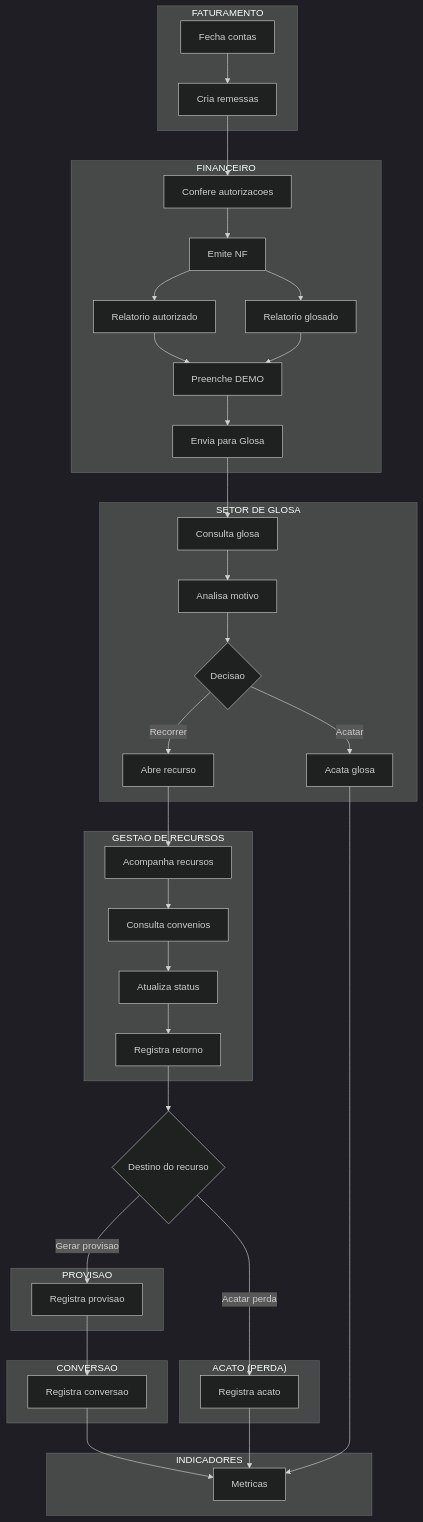
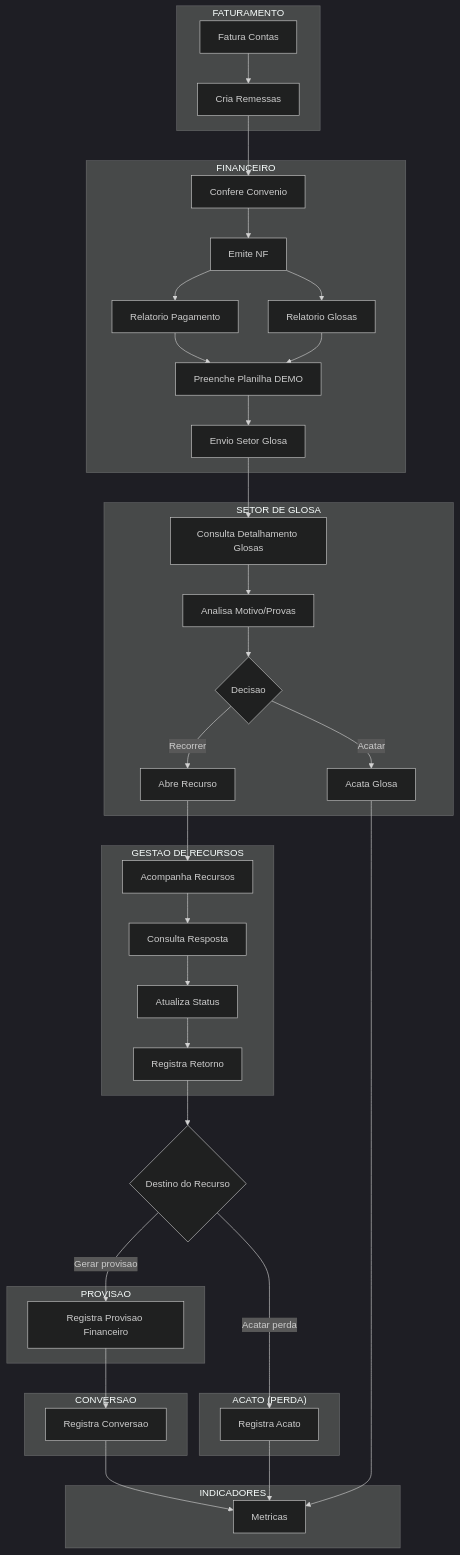
One commit to AmorimEureka/prj_gestor_glosas_hospitalares changed the diagram in README.md. Above: the diagram before and after it, drawn with Mermaid (dark theme).

Commit message:
doc:Atualizando fluxo no README

````diff
--- a/README.md
+++ b/README.md
@@ -91,75 +91,75 @@
 ```mermaid
 flowchart TD
 
 subgraph FAT["FATURAMENTO"]
-A["Fecha contas"]
-B["Cria remessas"]
+A["Fatura Contas"]
+B["Cria Remessas"]
 A --> B
 end
 
 subgraph FIN["FINANCEIRO"]
-C["Confere autorizacoes"]
+C["Confere Convenio"]
 D["Emite NF"]
-E["Relatorio autorizado"]
-F["Relatorio glosado"]
-G["Preenche DEMO"]
-H["Envia para Glosa"]
+E["Relatorio Pagamento"]
+F["Relatorio Glosas"]
+G["Preenche Planilha DEMO"]
+H["Envio Setor Glosa"]
 C --> D
 D --> E
 D --> F
 E --> G
 F --> G
 G --> H
 end
 
 subgraph GLO["SETOR DE GLOSA"]
-I["Consulta glosa"]
-J["Analisa motivo"]
+I["Consulta Detalhamento Glosas"]
+J["Analisa Motivo/Provas"]
 K{"Decisao"}
-L["Abre recurso"]
-M["Acata glosa"]
+L["Abre Recurso"]
+M["Acata Glosa"]
 I --> J
 J --> K
 K -->|Recorrer| L
 K -->|Acatar| M
 end
 
 subgraph REC["GESTAO DE RECURSOS"]
-N["Acompanha recursos"]
-O["Consulta convenios"]
-P["Atualiza status"]
-Q["Registra retorno"]
+N["Acompanha Recursos"]
+O["Consulta Resposta"]
+P["Atualiza Status"]
+Q["Registra Retorno"]
 N --> O
 O --> P
 P --> Q
 end
 
-U{"Destino do recurso"}
+U{"Destino do Recurso"}
 
 subgraph PROV["PROVISAO"]
-R["Registra provisao"]
+R["Registra Provisao Financeiro"]
 end
 
 subgraph PERDA["ACATO (PERDA)"]
-V["Registra acato"]
+V["Registra Acato"]
 end
 
 subgraph CONV["CONVERSAO"]
-S["Registra conversao"]
+S["Registra Conversao"]
 end
 
 subgraph KPI["INDICADORES"]
 T["Metricas"]
 end
 
 B --> C
 H --> I
 L --> N
 Q --> U
 U -->|Gerar provisao| R
 U -->|Acatar perda| V
 R --> S
 S --> T
 V --> T
 M --> T
 ```
````
